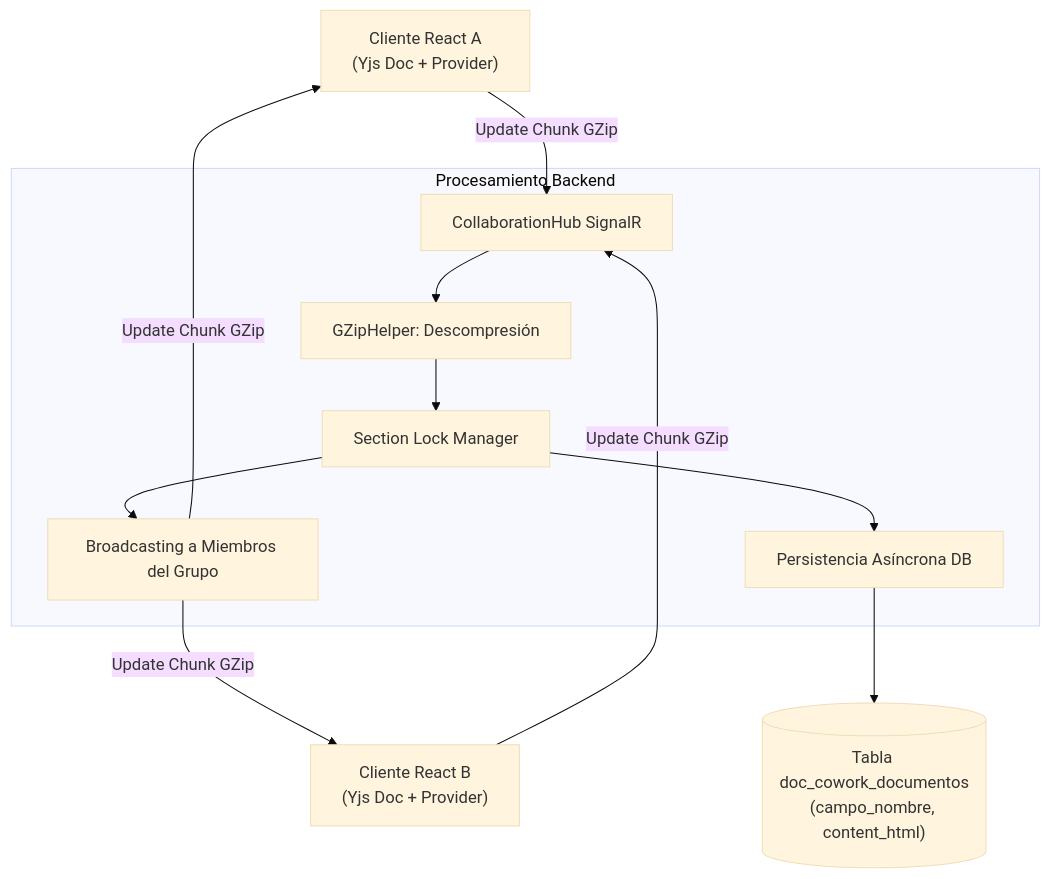
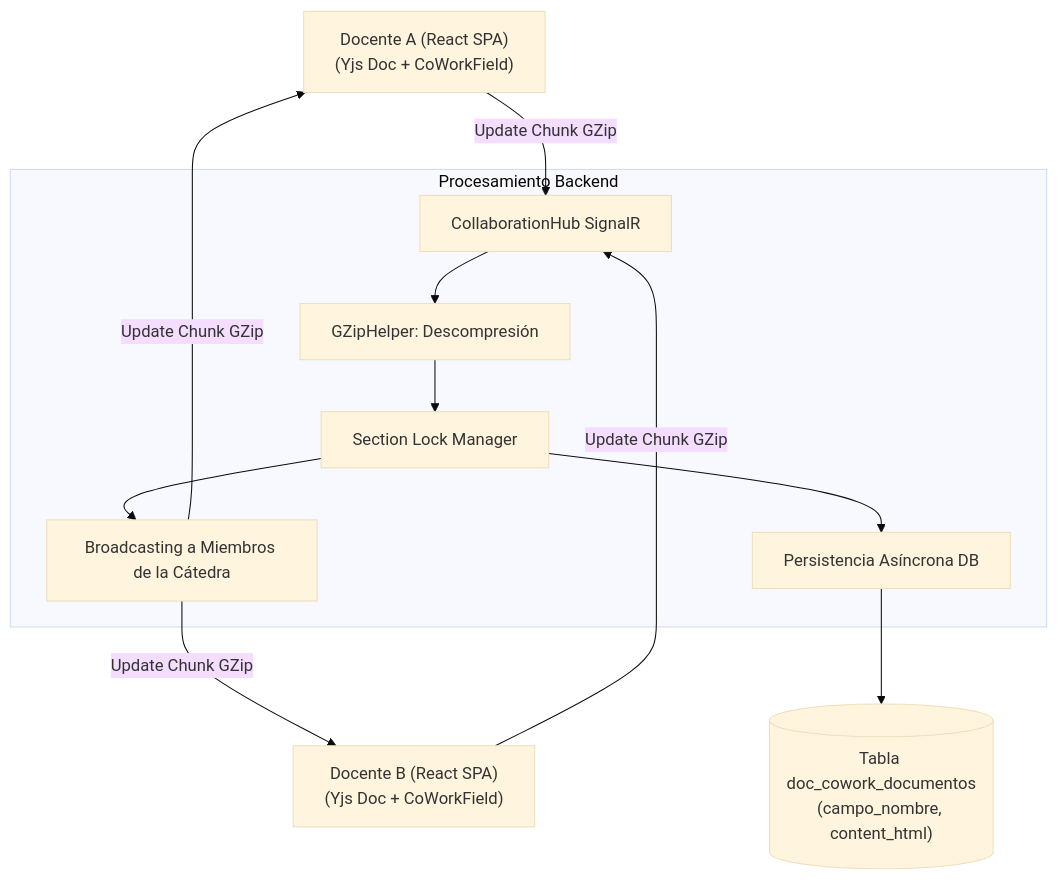
One commit to JorgeDoicela/dosier changed the diagram in docs/documentacion/03-motores-especializados/02-motor-colaborativo-cowork.md. Above: the diagram before and after it, drawn with Mermaid (base theme). The commit also changed other lines of this file and 29 other files, not shown here.

````diff
--- a/docs/documentacion/03-motores-especializados/02-motor-colaborativo-cowork.md
+++ b/docs/documentacion/03-motores-especializados/02-motor-colaborativo-cowork.md
@@ -13,17 +13,17 @@
 ```mermaid
 graph TD
-    ClientA["Cliente React A\n(Yjs Doc + Provider)"] -->|Update Chunk GZip| Hub[CollaborationHub SignalR]
-    ClientB["Cliente React B\n(Yjs Doc + Provider)"] -->|Update Chunk GZip| Hub
+    ClientA["Docente A (React SPA)\n(Yjs Doc + CoWorkField)"] -->|Update Chunk GZip| Hub[CollaborationHub SignalR]
+    ClientB["Docente B (React SPA)\n(Yjs Doc + CoWorkField)"] -->|Update Chunk GZip| Hub
 
     subgraph BackendProcess [Procesamiento Backend]
         Hub --> GZip[GZipHelper: Descompresión]
         GZip --> LockManager[Section Lock Manager]
-        LockManager --> Broadcast[Broadcasting a Miembros del Grupo]
+        LockManager --> Broadcast[Broadcasting a Miembros de la Cátedra]
         LockManager --> Persistence[Persistencia Asíncrona DB]
     end
 
     Broadcast -->|Update Chunk GZip| ClientA
     Broadcast -->|Update Chunk GZip| ClientB
 
     Persistence --> DB[("Tabla doc_cowork_documentos\n(campo_nombre, content_html)")]
 ```
````
